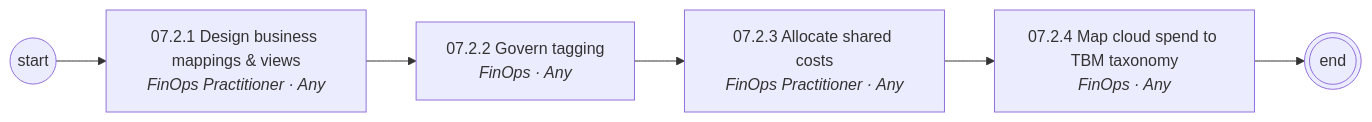
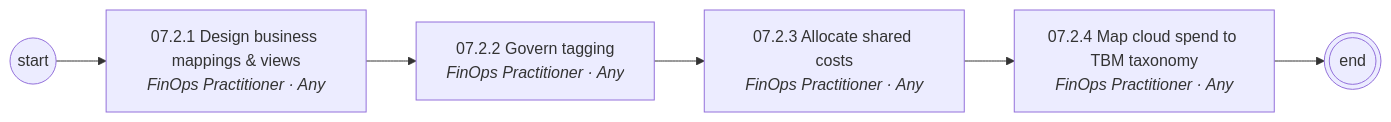
Before and after one commit to corbyjames/apptio-process-catalog: the third of 7 diagrams in diagrams/mermaid/area-07.md, drawn with Mermaid. The commit also changed other lines of this file and 251 other files, not shown here.

````diff
--- a/diagrams/mermaid/area-07.md
+++ b/diagrams/mermaid/area-07.md
@@ -45,13 +43,13 @@
 ```mermaid
 flowchart LR
   S((start))
   N07_2_1["07.2.1 Design business mappings & views<br/><i>FinOps Practitioner · Any</i>"]
   S --> N07_2_1
-  N07_2_2["07.2.2 Govern tagging<br/><i>FinOps · Any</i>"]
+  N07_2_2["07.2.2 Govern tagging<br/><i>FinOps Practitioner · Any</i>"]
   N07_2_1 --> N07_2_2
   N07_2_3["07.2.3 Allocate shared costs<br/><i>FinOps Practitioner · Any</i>"]
   N07_2_2 --> N07_2_3
-  N07_2_4["07.2.4 Map cloud spend to TBM taxonomy<br/><i>FinOps · Any</i>"]
+  N07_2_4["07.2.4 Map cloud spend to TBM taxonomy<br/><i>FinOps Practitioner · Any</i>"]
   N07_2_3 --> N07_2_4
   N07_2_4 --> E(((end)))
 ```
````
